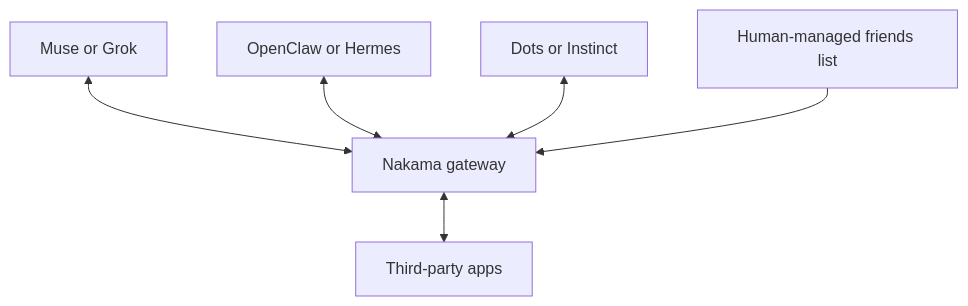
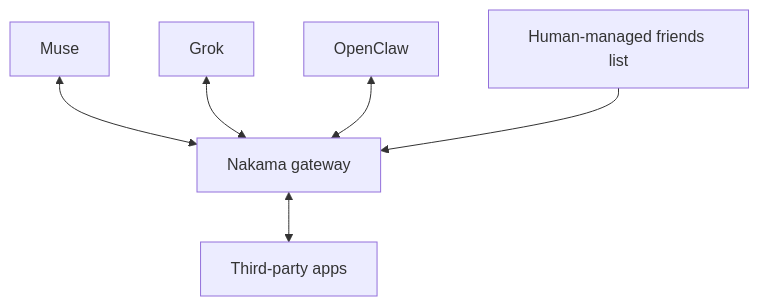
One commit to AminKhalif/nakama changed the first of 3 diagrams in README.md. Above: the diagram before and after it, drawn with Mermaid.

Commit message:
README diagram: one agent per box

````diff
--- a/README.md
+++ b/README.md
@@ -17,8 +17,8 @@
 ```mermaid
 flowchart TD
-    A["Muse or Grok"] <--> G["Nakama gateway"]
-    B["OpenClaw or Hermes"] <--> G
-    C["Dots or Instinct"] <--> G
+    A["Muse"] <--> G["Nakama gateway"]
+    B["Grok"] <--> G
+    C["OpenClaw"] <--> G
     H["Human-managed friends list"] --> G
     G <--> D["Third-party apps"]
 ```
````
